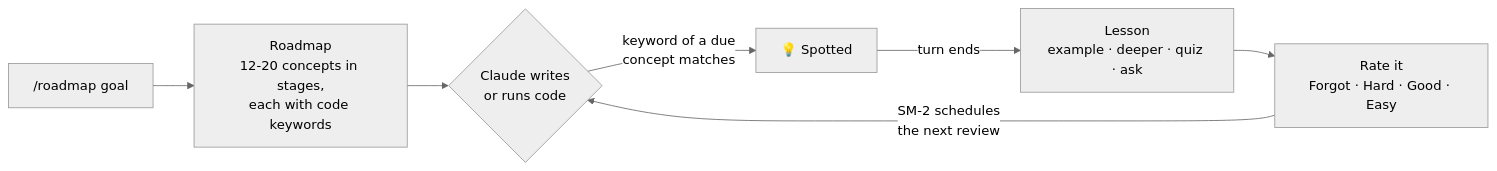
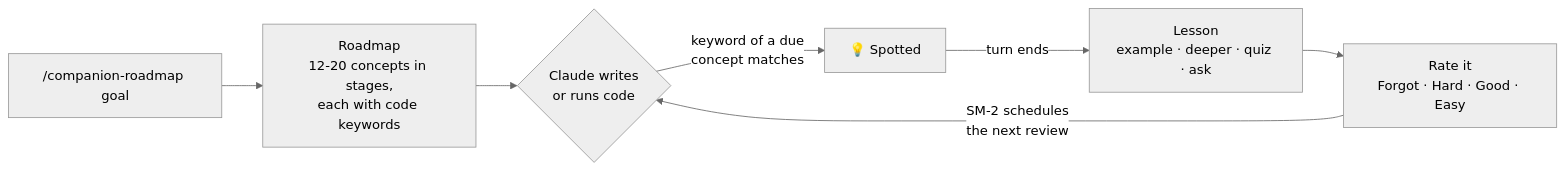
One commit to Komeyl94/claude-learning-companion changed the diagram in README.md. Above: the diagram before and after it, drawn with Mermaid (neutral theme). The commit also changed other lines of this file and 8 other files, not shown here.

````diff
--- a/README.md
+++ b/README.md
@@ -98,9 +98,9 @@
 ```mermaid
 flowchart LR
-    A["/roadmap goal"] --> B["Roadmap<br/>12-20 concepts in stages,<br/>each with code keywords"]
+    A["/companion-roadmap goal"] --> B["Roadmap<br/>12-20 concepts in stages,<br/>each with code keywords"]
     B --> C{"Claude writes<br/>or runs code"}
     C -->|"keyword of a due<br/>concept matches"| D["💡 Spotted"]
     D -->|"turn ends"| E["Lesson<br/>example · deeper · quiz · ask"]
     E --> F["Rate it<br/>Forgot · Hard · Good · Easy"]
     F -->|"SM-2 schedules<br/>the next review"| C
 ```
````
